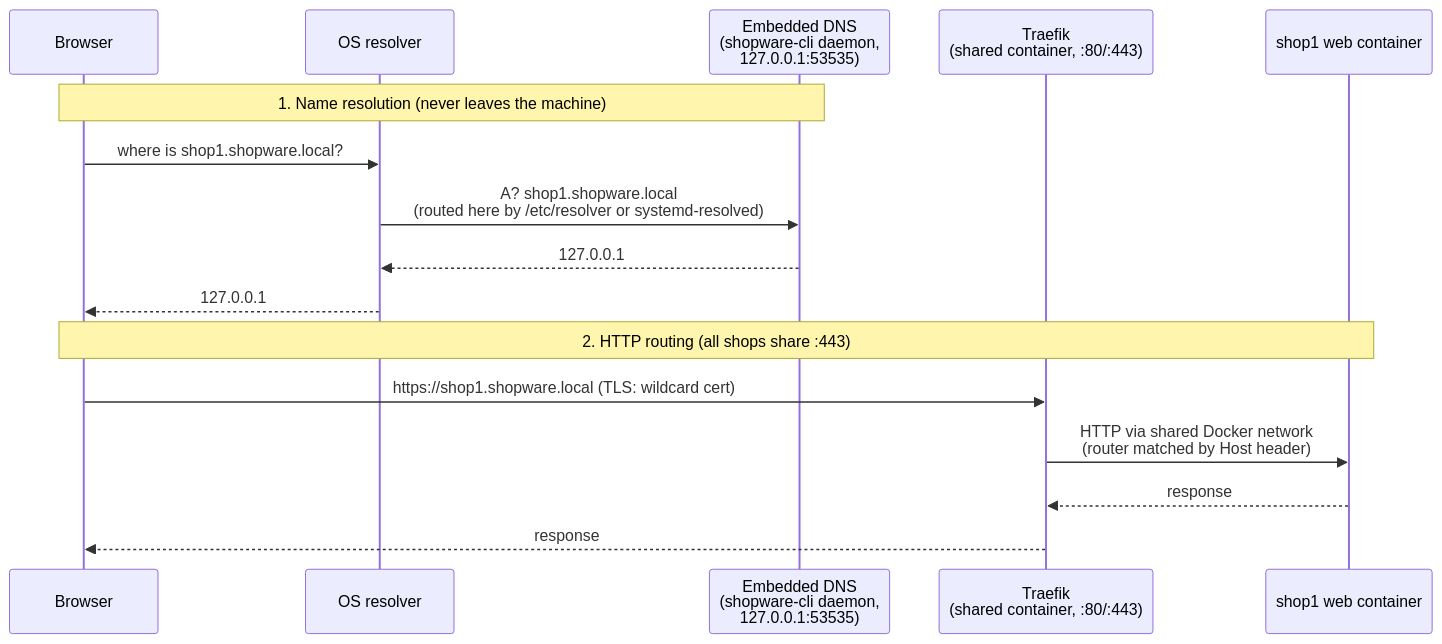
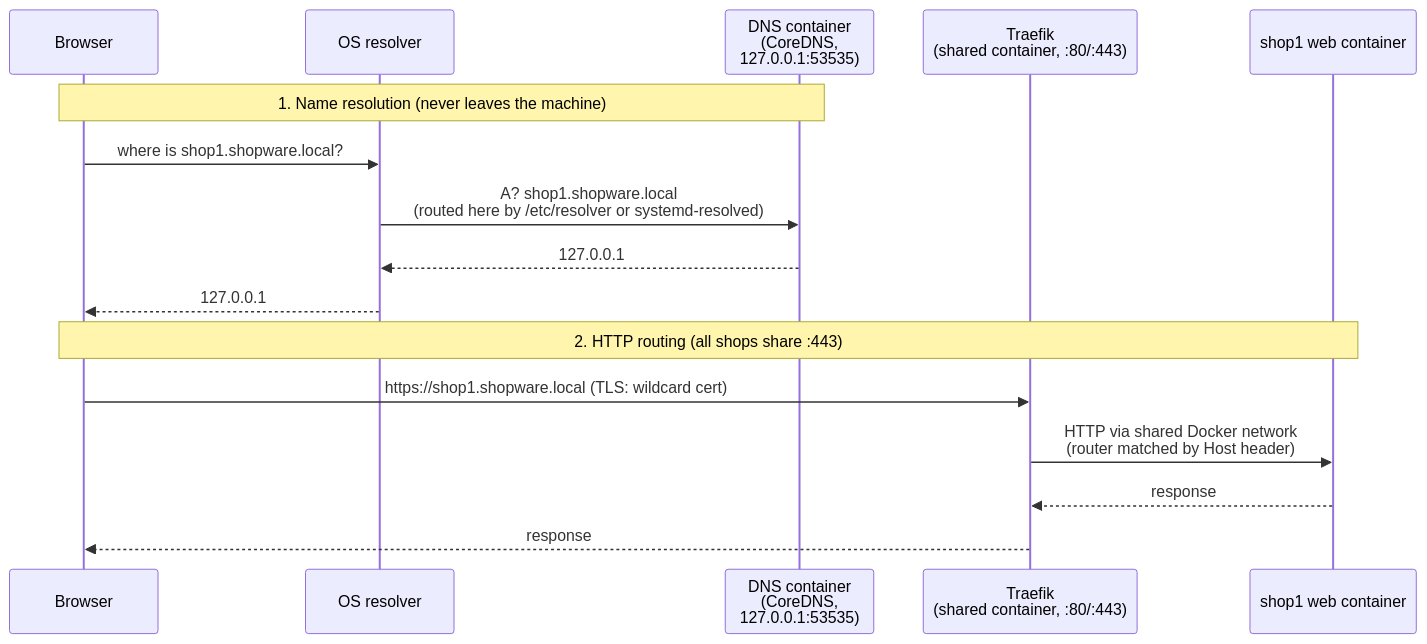
One commit to shopware/shopware-cli changed the first of 2 diagrams in docs/proxy.md. Above: the diagram before and after it, drawn with Mermaid. The commit also changed other lines of this file and 17 other files, not shown here.

Commit message:
refactor(proxy): serve DNS from a CoreDNS container and ask before changing the OS resolver

````diff
--- a/docs/proxy.md
+++ b/docs/proxy.md
@@ -73,20 +80,20 @@
 ```mermaid
 sequenceDiagram
     participant B as Browser
     participant OS as OS resolver
-    participant D as Embedded DNS<br>(shopware-cli daemon,<br>127.0.0.1:53535)
+    participant D as DNS container<br>(CoreDNS,<br>127.0.0.1:53535)
     participant T as Traefik<br>(shared container, :80/:443)
     participant W as shop1 web container
 
     Note over B,D: 1. Name resolution (never leaves the machine)
     B->>OS: where is shop1.shopware.local?
     OS->>D: A? shop1.shopware.local<br>(routed here by /etc/resolver or systemd-resolved)
     D-->>OS: 127.0.0.1
     OS-->>B: 127.0.0.1
 
     Note over B,W: 2. HTTP routing (all shops share :443)
     B->>T: https://shop1.shopware.local (TLS: wildcard cert)
     T->>W: HTTP via shared Docker network<br>(router matched by Host header)
     W-->>T: response
     T-->>B: response
 ```
````
